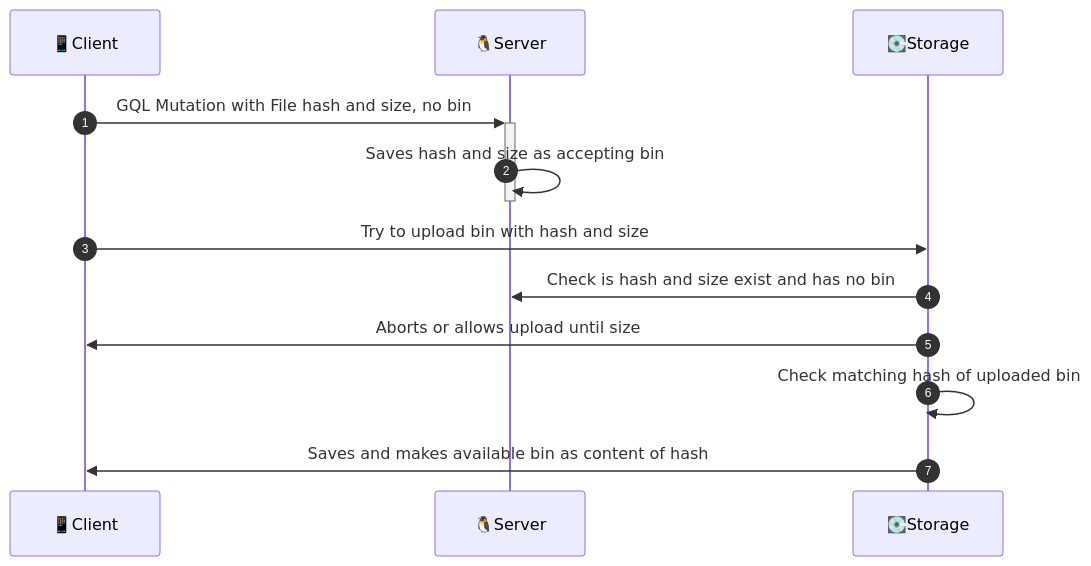
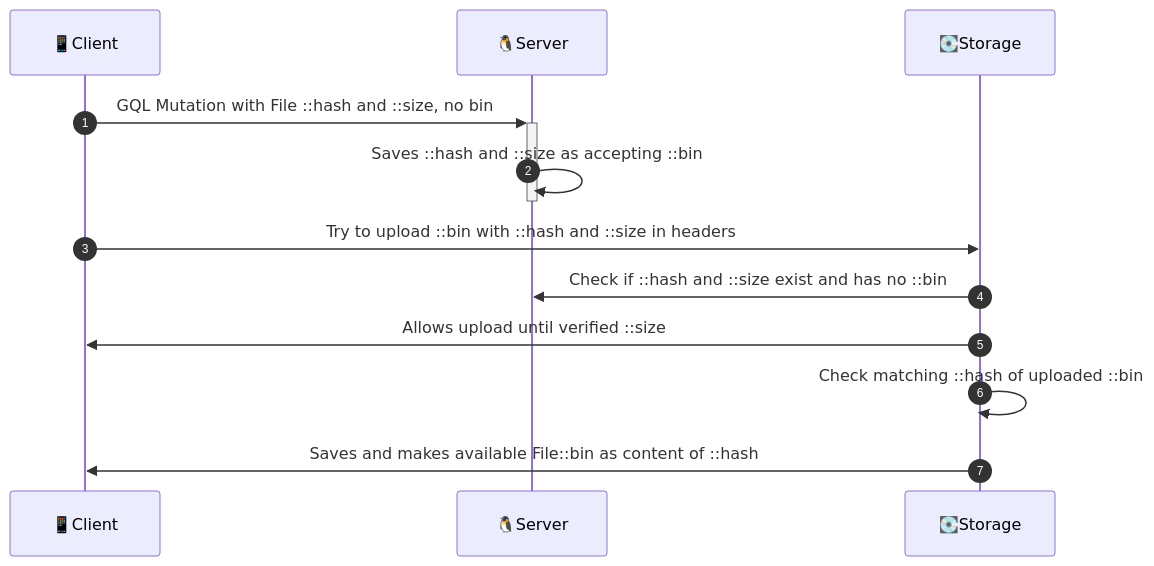
The second of 2 diagrams in README.md (interfacerproject/zenflows-crypto), drawn with Mermaid before and after one commit. The commit also changed other lines of this file, not shown here.

Commit message:
small corrections to file upload

````diff
--- a/README.md
+++ b/README.md
@@ -96,14 +96,14 @@
 ```mermaid
 sequenceDiagram
 autonumber
   participant C as 📱Client
   participant S as 🐧Server
   participant F as 💽Storage
-  C->>+S: GQL Mutation with File hash and size, no bin
-  S->>-S: Saves hash and size as accepting bin
-  C->>F: Try to upload bin with hash and size
-  F->>S: Check is hash and size exist and has no bin
-  F->>C: Aborts or allows upload until size
-  F->>F: Check matching hash of uploaded bin
-  F->>C: Saves and makes available bin as content of hash
+  C->>+S: GQL Mutation with File ::hash and ::size, no bin
+  S->>-S: Saves ::hash and ::size as accepting ::bin
+  C->>F: Try to upload ::bin with ::hash and ::size in headers
+  F->>S: Check if ::hash and ::size exist and has no ::bin
+  F->>C: Allows upload until verified ::size
+  F->>F: Check matching ::hash of uploaded ::bin
+  F->>C: Saves and makes available File::bin as content of ::hash
 ```
````
